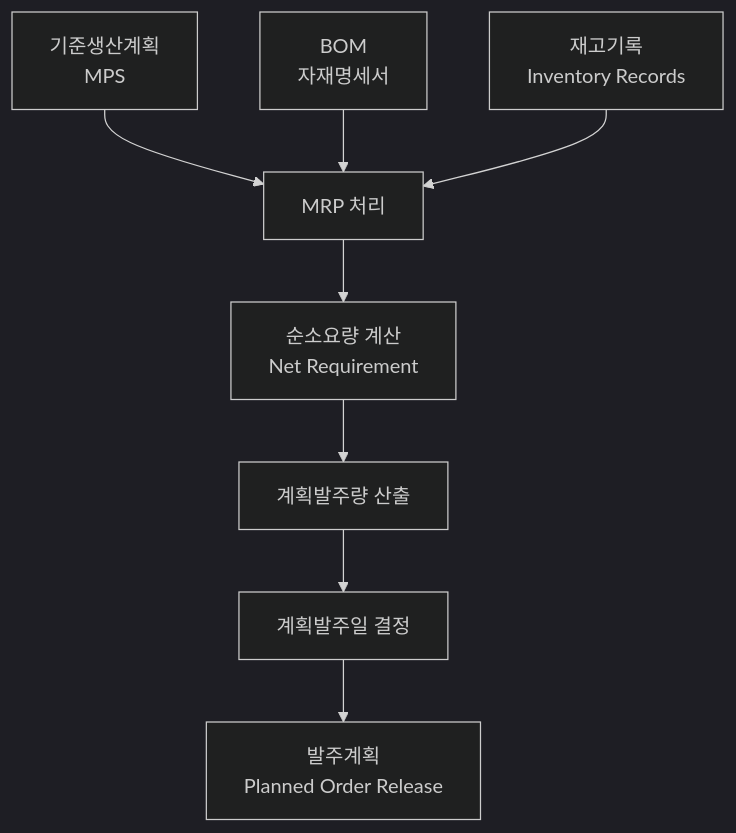
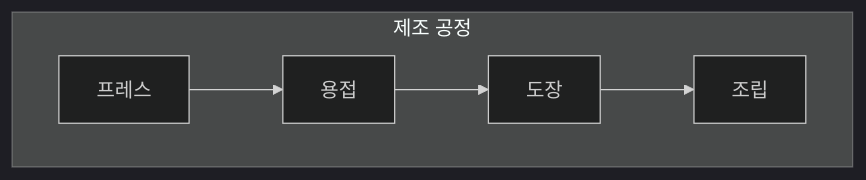
Before and after one commit to yeonkyupark/pepc3e: the second of 3 diagrams in docs/0204_logistics_material_and_inventory_management.md, drawn with Mermaid (dark theme). The commit also changed other lines of this file, not shown here.

````diff
--- a/docs/0204_logistics_material_and_inventory_management.md
+++ b/docs/0204_logistics_material_and_inventory_management.md
@@ -483,16 +50,12 @@
-```mermaid
-flowchart TD
-
-    A[기준생산계획<br>MPS]
-    B[BOM<br>자재명세서]
-    C[재고기록<br>Inventory Records]
-
-    A --> D[MRP 처리]
-    B --> D
-    C --> D
-
-    D --> E[순소요량 계산<br>Net Requirement]
-    E --> F[계획발주량 산출]
-    F --> G[계획발주일 결정]
-    G --> H[발주계획<br>Planned Order Release]
-```
+   ```mermaid
+   flowchart TD
+   
+   subgraph Manufacturing[제조 공정]
+       A[프레스]
+       B[용접]
+       C[도장]
+       D[조립]
+   end
+   
+   A --> B --> C --> D
+   ```
````
